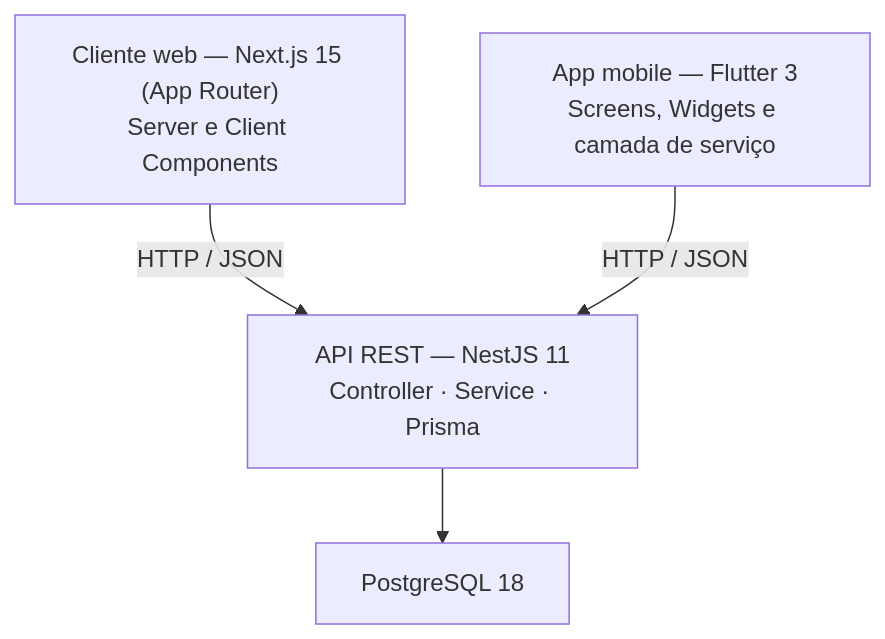
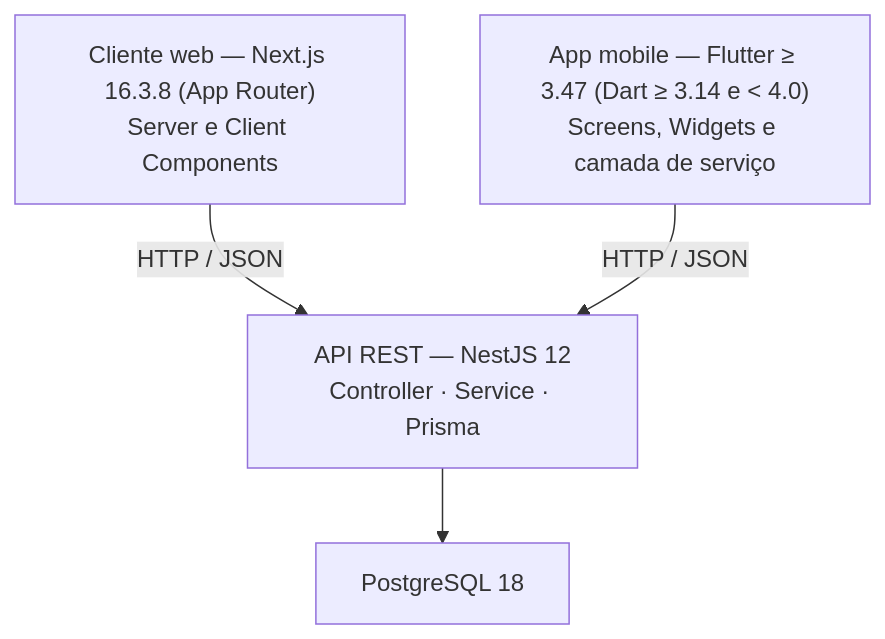
Before and after one commit to schellx/web-mob-trabalho: the second of 2 diagrams in docs/prd.md, drawn with Mermaid. The commit also changed other lines of this file and 5 other files, not shown here.

````diff
--- a/docs/prd.md
+++ b/docs/prd.md
@@ -231,11 +233,11 @@
 ```mermaid
 flowchart TD
-  W["Cliente web — Next.js 15 (App Router)<br/>Server e Client Components"]
-  M["App mobile — Flutter 3<br/>Screens, Widgets e camada de serviço"]
-  A["API REST — NestJS 11<br/>Controller · Service · Prisma"]
+  W["Cliente web — Next.js 16.3.8 (App Router)<br/>Server e Client Components"]
+  M["App mobile — Flutter ≥ 3.47 (Dart ≥ 3.14 e < 4.0)<br/>Screens, Widgets e camada de serviço"]
+  A["API REST — NestJS 12<br/>Controller · Service · Prisma"]
   D["PostgreSQL 18"]
 
   W -->|HTTP / JSON| A
   M -->|HTTP / JSON| A
   A --> D
 ```
````
